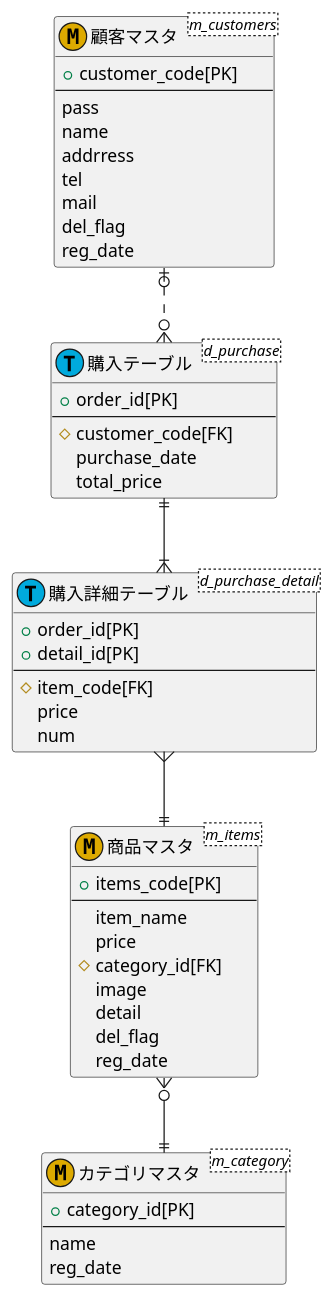
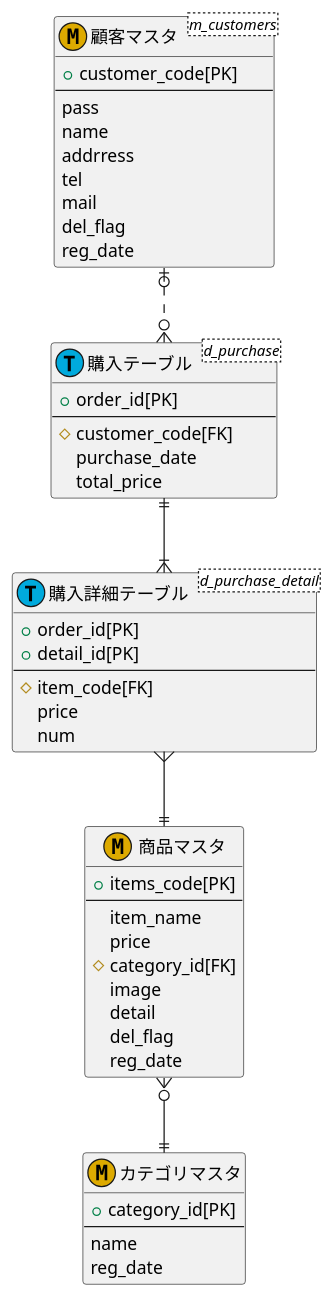
One commit to Aso2001022/2021sys-design changed the diagram in kadai23.md. Above: the diagram before and after it, drawn with PlantUML.

````diff
--- a/kadai23.md
+++ b/kadai23.md
@@ -1,56 +1,56 @@
 ```puml
 @startuml
 entity "顧客マスタ" <m_customers><<M,DDAA00>>{
   +customer_code[PK]
   --
   pass
   name
   addrress
   tel
   mail
   del_flag
   reg_date
   }
   
   entity "購入テーブル"<d_purchase><<T,00AADD>>{
   +order_id[PK]
   --
   # customer_code[FK]
   purchase_date
   total_price
   }
   
   entity "購入詳細テーブル" <d_purchase_detail><<T,00AADD>> {
   +order_id[PK]
   +detail_id[PK]
   --
   # item_code[FK]
   price
   num
   }
   
-  entity "商品マスタ"<m_items><<M,DDAA00>> {
+  entity "商品マスタ"<<M,DDAA00>> {
   +items_code[PK]
   --
   item_name
   price
   # category_id[FK]
   image
   detail
   del_flag
   reg_date
   }
   
-  entity "カテゴリマスタ" <m_category><<M,DDAA00>> {
+  entity "カテゴリマスタ" <<M,DDAA00>> {
 +category_id[PK]
 --
 name
 reg_date
 }
 
 顧客マスタ |o..o{ 購入テーブル 
 購入テーブル ||--|{ 購入詳細テーブル
 購入詳細テーブル }--|| 商品マスタ
 商品マスタ }o--|| カテゴリマスタ
 @enduml
 ```
````
